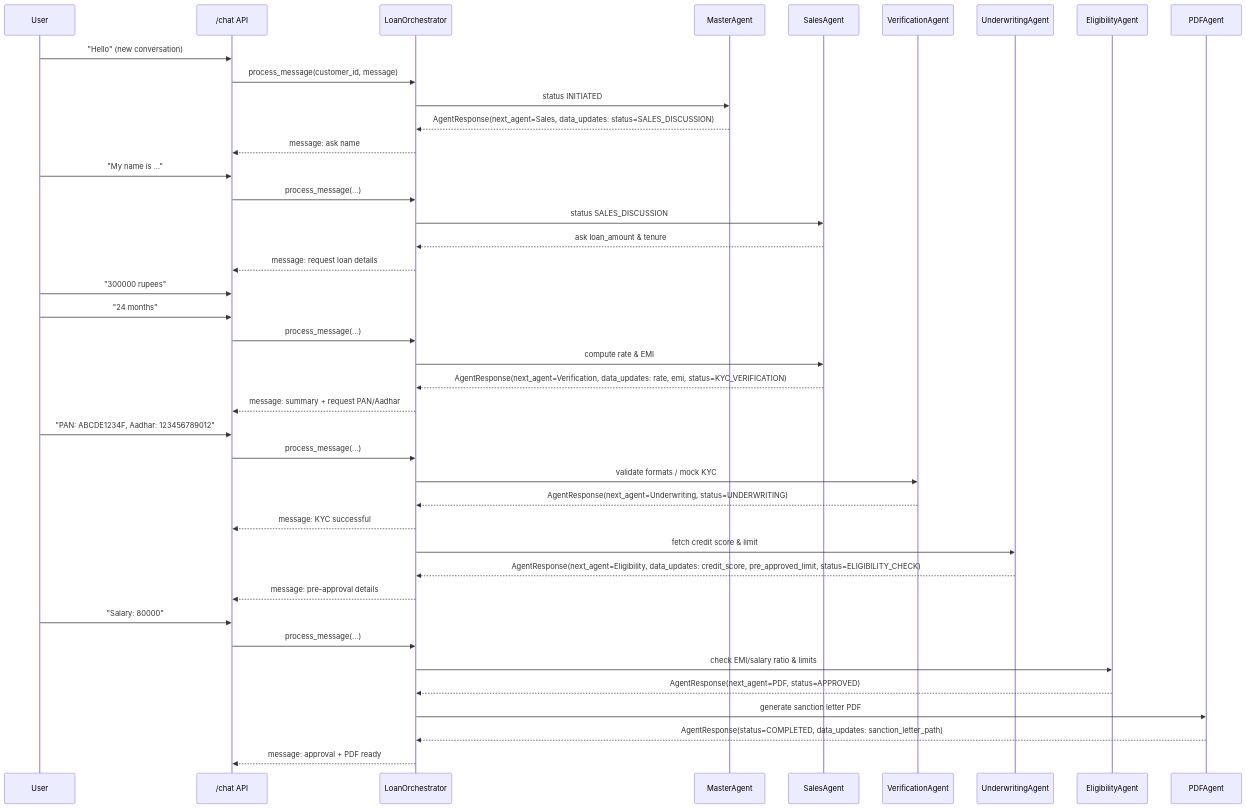
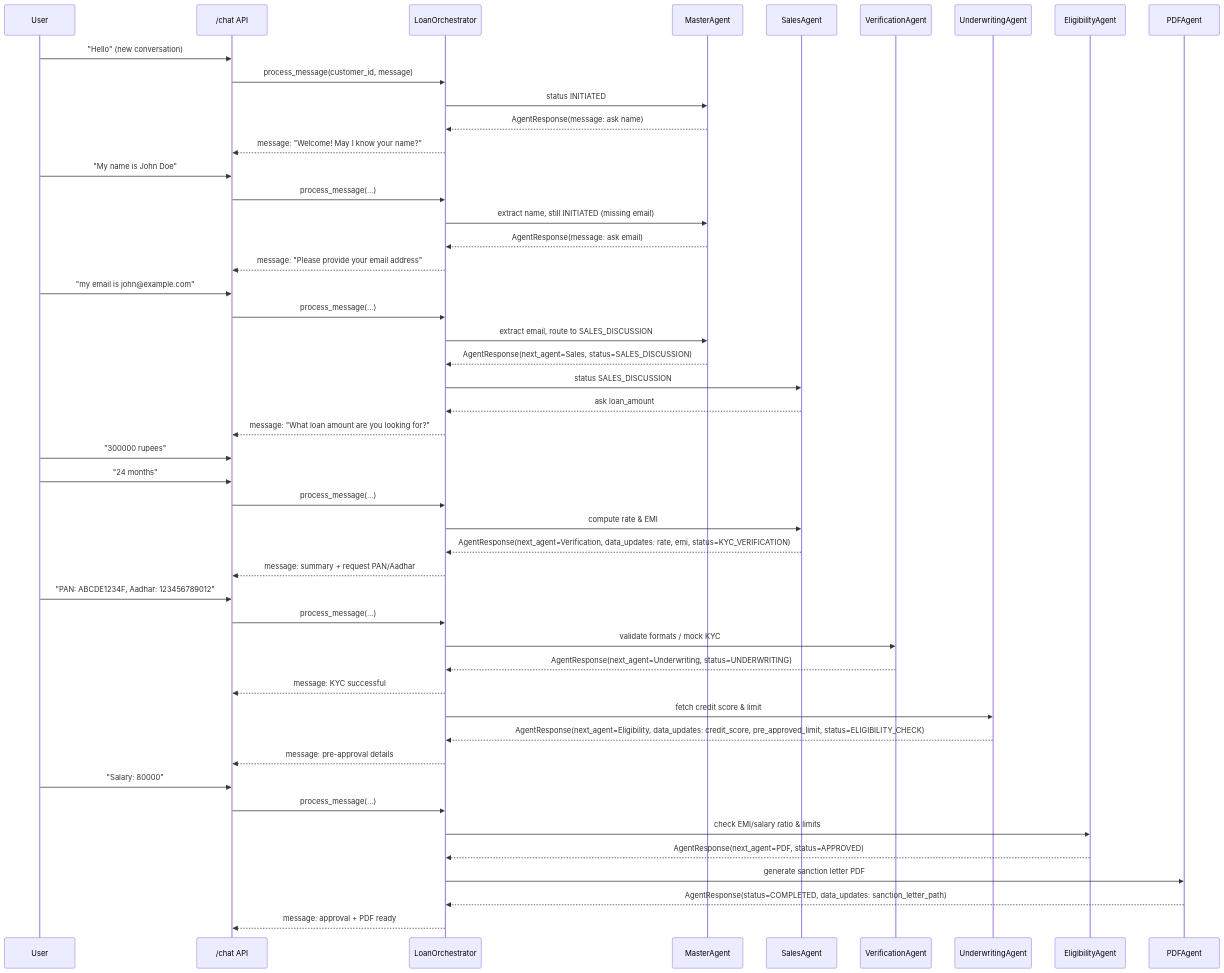
The second of 3 diagrams in docs/agent_workflow.md (Madhur-Prakash/AI-Loan-Advisor), drawn with Mermaid before and after one commit. The commit also changed other lines of this file and 4 other files, not shown here.

Commit message:
feat: Enhance documentation and workflow details in HOW_IT_WORKS, README, TESTING_GUIDE, and agent workflow files

````diff
--- a/docs/agent_workflow.md
+++ b/docs/agent_workflow.md
@@ -26,49 +26,57 @@
 ```mermaid
 sequenceDiagram
     participant U as User
     participant API as /chat API
     participant ORC as LoanOrchestrator
     participant MA as MasterAgent
     participant SA as SalesAgent
     participant VA as VerificationAgent
     participant UA as UnderwritingAgent
     participant EA as EligibilityAgent
     participant PA as PDFAgent
 
     U->>API: "Hello" (new conversation)
     API->>ORC: process_message(customer_id, message)
     ORC->>MA: status INITIATED
-    MA-->>ORC: AgentResponse(next_agent=Sales, data_updates: status=SALES_DISCUSSION)
-    ORC-->>API: message: ask name
+    MA-->>ORC: AgentResponse(message: ask name)
+    ORC-->>API: message: "Welcome! May I know your name?"
 
-    U->>API: "My name is ..."
+    U->>API: "My name is John Doe"
     API->>ORC: process_message(...)
+    ORC->>MA: extract name, still INITIATED (missing email)
+    MA-->>ORC: AgentResponse(message: ask email)
+    ORC-->>API: message: "Please provide your email address"
+
+    U->>API: "my email is john@example.com"
+    API->>ORC: process_message(...)
+    ORC->>MA: extract email, route to SALES_DISCUSSION
+    MA-->>ORC: AgentResponse(next_agent=Sales, status=SALES_DISCUSSION)
     ORC->>SA: status SALES_DISCUSSION
-    SA-->>ORC: ask loan_amount & tenure
-    ORC-->>API: message: request loan details
+    SA-->>ORC: ask loan_amount
+    ORC-->>API: message: "What loan amount are you looking for?"
 
     U->>API: "300000 rupees"
     U->>API: "24 months"
     API->>ORC: process_message(...)
     ORC->>SA: compute rate & EMI
     SA-->>ORC: AgentResponse(next_agent=Verification, data_updates: rate, emi, status=KYC_VERIFICATION)
     ORC-->>API: message: summary + request PAN/Aadhar
 
     U->>API: "PAN: ABCDE1234F, Aadhar: 123456789012"
     API->>ORC: process_message(...)
     ORC->>VA: validate formats / mock KYC
     VA-->>ORC: AgentResponse(next_agent=Underwriting, status=UNDERWRITING)
     ORC-->>API: message: KYC successful
 
     ORC->>UA: fetch credit score & limit
     UA-->>ORC: AgentResponse(next_agent=Eligibility, data_updates: credit_score, pre_approved_limit, status=ELIGIBILITY_CHECK)
     ORC-->>API: message: pre-approval details
 
     U->>API: "Salary: 80000"
     API->>ORC: process_message(...)
     ORC->>EA: check EMI/salary ratio & limits
     EA-->>ORC: AgentResponse(next_agent=PDF, status=APPROVED)
     ORC->>PA: generate sanction letter PDF
     PA-->>ORC: AgentResponse(status=COMPLETED, data_updates: sanction_letter_path)
     ORC-->>API: message: approval + PDF ready
 ```
````
